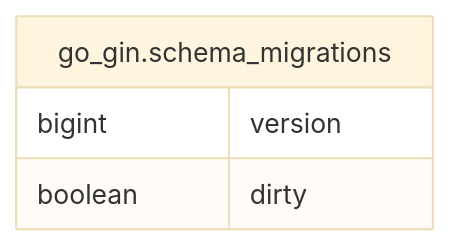
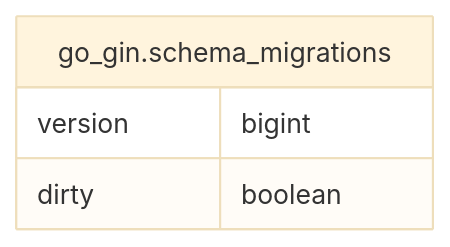
The diagram in docs/schema/go-gin/go_gin.schema_migrations.md (WhatIfWeDigDeeper/application-tracker), drawn with Mermaid (base theme) before and after one commit. The commit also changed 22 other files, not shown here.

````diff
--- a/docs/schema/go-gin/go_gin.schema_migrations.md
+++ b/docs/schema/go-gin/go_gin.schema_migrations.md
@@ -28,9 +28,9 @@
 ```mermaid
 erDiagram
 
 
 "go_gin.schema_migrations" {
-  bigint version
-  boolean dirty
+  version bigint
+  dirty boolean
 }
 ```
````
